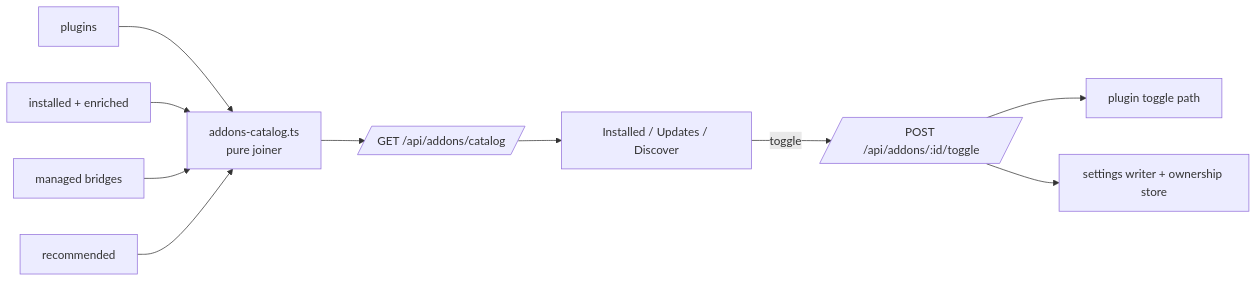
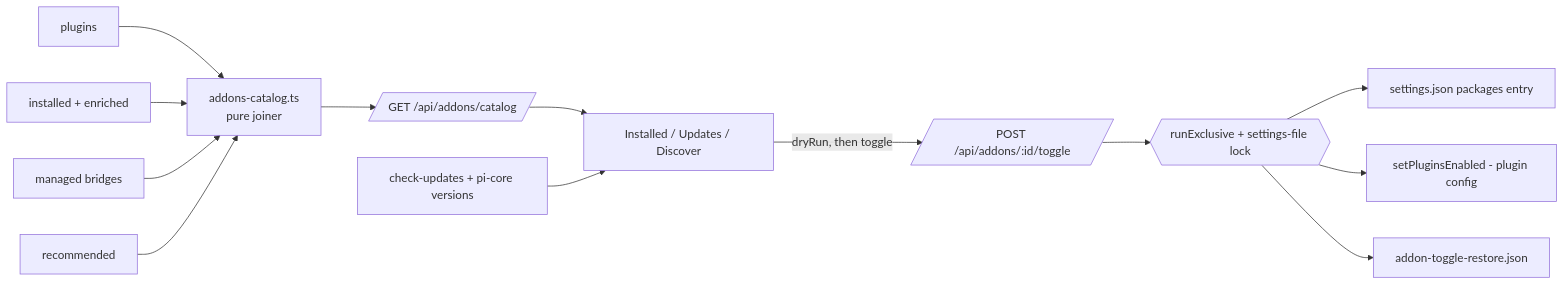
Before and after one commit to BlackBeltTechnology/pi-agent-dashboard: the diagram in openspec/changes/addons-hub-feature-catalog/design.md, drawn with Mermaid. The commit also changed other lines of this file and 6 other files, not shown here.

````diff
--- a/openspec/changes/addons-hub-feature-catalog/design.md
+++ b/openspec/changes/addons-hub-feature-catalog/design.md
@@ -13,12 +18,15 @@
 ```mermaid
 flowchart LR
   P[plugins] --> J[addons-catalog.ts<br/>pure joiner]
   I[installed + enriched] --> J
   B[managed bridges] --> J
   R[recommended] --> J
   J --> API[/GET /api/addons/catalog/]
   API --> UI[Installed / Updates / Discover]
-  UI -->|toggle| T[/POST /api/addons/:id/toggle/]
-  T --> PT[plugin toggle path]
-  T --> W[settings writer + ownership store]
+  U[check-updates + pi-core versions] --> UI
+  UI -->|dryRun, then toggle| T[/POST /api/addons/:id/toggle/]
+  T --> L{{runExclusive + settings-file lock}}
+  L --> W[settings.json packages entry]
+  L --> PT[setPluginsEnabled - plugin config]
+  L --> RS[addon-toggle-restore.json]
 ```
````
